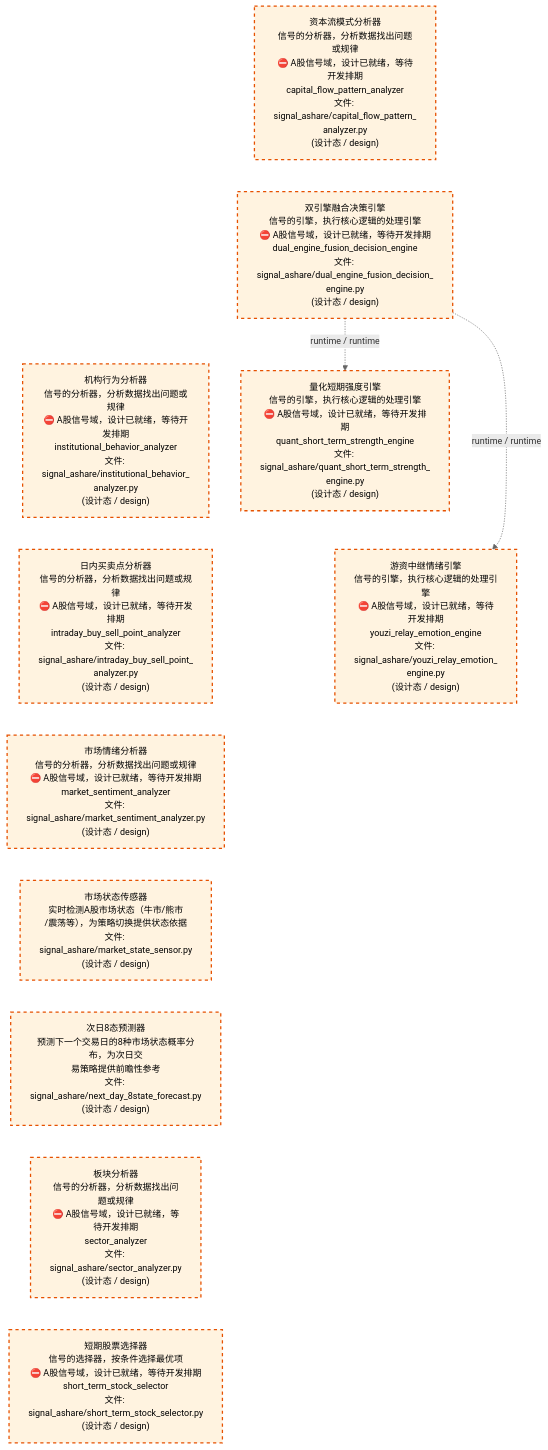
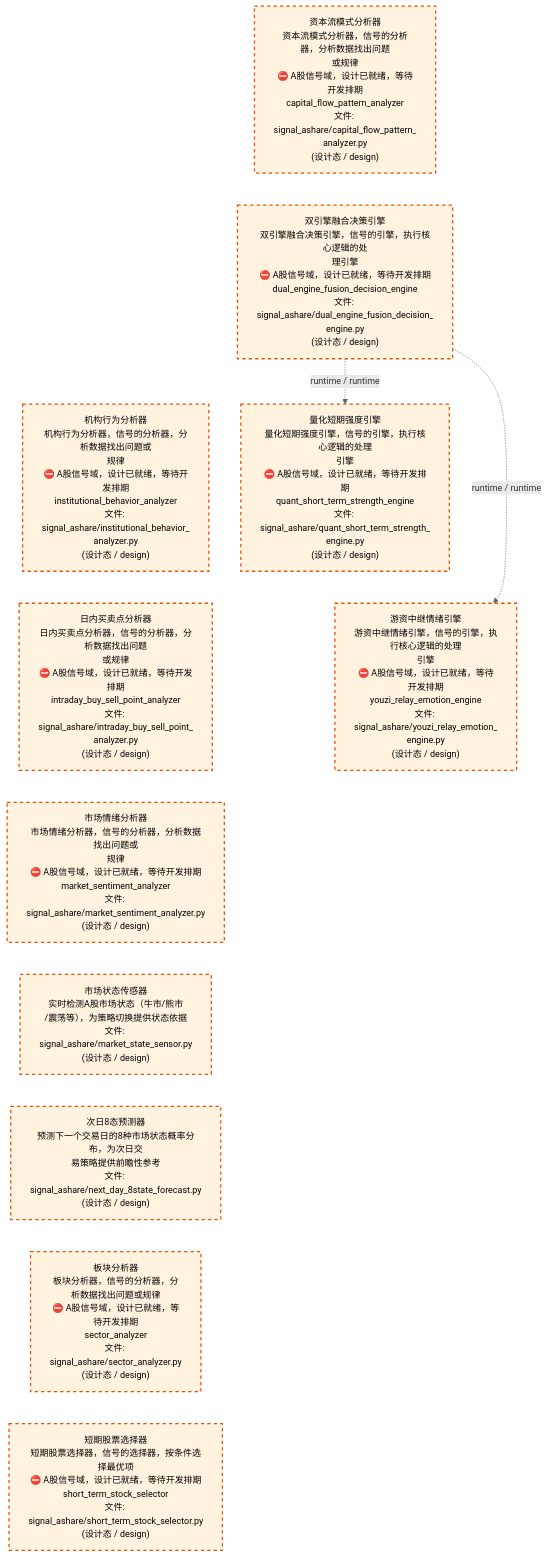
The third of 4 diagrams in docs/02_enterprise_architecture/02_domain_architecture_docs/32_d_ashare_signal.md (xuanFelixVan/ZephyrAlpha), drawn with Mermaid before and after one commit. The commit also changed other lines of this file and 63 other files, not shown here.

````diff
--- a/docs/02_enterprise_architecture/02_domain_architecture_docs/32_d_ashare_signal.md
+++ b/docs/02_enterprise_architecture/02_domain_architecture_docs/32_d_ashare_signal.md
@@ -134,31 +134,31 @@
 ```mermaid
 %%{init: {'theme': 'base', 'themeVariables': {'primaryColor': '#eaeaea', 'primaryTextColor': '#333333', 'primaryBorderColor': '#666666', 'lineColor': '#666666', 'secondaryColor': '#eaeaea', 'tertiaryColor': '#eaeaea', 'fontSize': '14px'}}}%%
 flowchart TD
-    src_zephyr_signal_ashare_capital_flow_pattern_analyzer_py["资本流模式分析器<br/>信号的分析器，分析数据找出问题或规律<br/>⛔ A股信号域，设计已就绪，等待开发排期<br/>capital_flow_pattern_analyzer<br/>文件: signal_ashare/capital_flow_pattern_<br/>analyzer.py<br/>(设计态 / design)"]
-    src_zephyr_signal_ashare_dual_engine_fusion_decision_engine_py["双引擎融合决策引擎<br/>信号的引擎，执行核心逻辑的处理引擎<br/>⛔ A股信号域，设计已就绪，等待开发排期<br/>dual_engine_fusion_decision_engine<br/>文件: signal_ashare/dual_engine_fusion_decision_<br/>engine.py<br/>(设计态 / design)"]
-    src_zephyr_signal_ashare_institutional_behavior_analyzer_py["机构行为分析器<br/>信号的分析器，分析数据找出问题或规律<br/>⛔ A股信号域，设计已就绪，等待开发排期<br/>institutional_behavior_analyzer<br/>文件: signal_ashare/institutional_behavior_<br/>analyzer.py<br/>(设计态 / design)"]
-    src_zephyr_signal_ashare_intraday_buy_sell_point_analyzer_py["日内买卖点分析器<br/>信号的分析器，分析数据找出问题或规律<br/>⛔ A股信号域，设计已就绪，等待开发排期<br/>intraday_buy_sell_point_analyzer<br/>文件: signal_ashare/intraday_buy_sell_point_<br/>analyzer.py<br/>(设计态 / design)"]
-    src_zephyr_signal_ashare_market_sentiment_analyzer_py["市场情绪分析器<br/>信号的分析器，分析数据找出问题或规律<br/>⛔ A股信号域，设计已就绪，等待开发排期<br/>market_sentiment_analyzer<br/>文件: signal_ashare/market_sentiment_analyzer.py<br/>(设计态 / design)"]
+    src_zephyr_signal_ashare_capital_flow_pattern_analyzer_py["资本流模式分析器<br/>资本流模式分析器，信号的分析器，分析数据找出问题<br/>或规律<br/>⛔ A股信号域，设计已就绪，等待开发排期<br/>capital_flow_pattern_analyzer<br/>文件: signal_ashare/capital_flow_pattern_<br/>analyzer.py<br/>(设计态 / design)"]
+    src_zephyr_signal_ashare_dual_engine_fusion_decision_engine_py["双引擎融合决策引擎<br/>双引擎融合决策引擎，信号的引擎，执行核心逻辑的处<br/>理引擎<br/>⛔ A股信号域，设计已就绪，等待开发排期<br/>dual_engine_fusion_decision_engine<br/>文件: signal_ashare/dual_engine_fusion_decision_<br/>engine.py<br/>(设计态 / design)"]
+    src_zephyr_signal_ashare_institutional_behavior_analyzer_py["机构行为分析器<br/>机构行为分析器，信号的分析器，分析数据找出问题或<br/>规律<br/>⛔ A股信号域，设计已就绪，等待开发排期<br/>institutional_behavior_analyzer<br/>文件: signal_ashare/institutional_behavior_<br/>analyzer.py<br/>(设计态 / design)"]
+    src_zephyr_signal_ashare_intraday_buy_sell_point_analyzer_py["日内买卖点分析器<br/>日内买卖点分析器，信号的分析器，分析数据找出问题<br/>或规律<br/>⛔ A股信号域，设计已就绪，等待开发排期<br/>intraday_buy_sell_point_analyzer<br/>文件: signal_ashare/intraday_buy_sell_point_<br/>analyzer.py<br/>(设计态 / design)"]
+    src_zephyr_signal_ashare_market_sentiment_analyzer_py["市场情绪分析器<br/>市场情绪分析器，信号的分析器，分析数据找出问题或<br/>规律<br/>⛔ A股信号域，设计已就绪，等待开发排期<br/>market_sentiment_analyzer<br/>文件: signal_ashare/market_sentiment_analyzer.py<br/>(设计态 / design)"]
     src_zephyr_signal_ashare_market_state_sensor_py["市场状态传感器<br/>实时检测A股市场状态（牛市/熊市<br/>/震荡等），为策略切换提供状态依据<br/>文件: signal_ashare/market_state_sensor.py<br/>(设计态 / design)"]
     src_zephyr_signal_ashare_next_day_8state_forecast_py["次日8态预测器<br/>预测下一个交易日的8种市场状态概率分布，为次日交<br/>易策略提供前瞻性参考<br/>文件: signal_ashare/next_day_8state_forecast.py<br/>(设计态 / design)"]
-    src_zephyr_signal_ashare_sector_analyzer_py["板块分析器<br/>信号的分析器，分析数据找出问题或规律<br/>⛔ A股信号域，设计已就绪，等待开发排期<br/>sector_analyzer<br/>文件: signal_ashare/sector_analyzer.py<br/>(设计态 / design)"]
-    src_zephyr_signal_ashare_short_term_stock_selector_py["短期股票选择器<br/>信号的选择器，按条件选择最优项<br/>⛔ A股信号域，设计已就绪，等待开发排期<br/>short_term_stock_selector<br/>文件: signal_ashare/short_term_stock_selector.py<br/>(设计态 / design)"]
+    src_zephyr_signal_ashare_sector_analyzer_py["板块分析器<br/>板块分析器，信号的分析器，分析数据找出问题或规律<br/>⛔ A股信号域，设计已就绪，等待开发排期<br/>sector_analyzer<br/>文件: signal_ashare/sector_analyzer.py<br/>(设计态 / design)"]
+    src_zephyr_signal_ashare_short_term_stock_selector_py["短期股票选择器<br/>短期股票选择器，信号的选择器，按条件选择最优项<br/>⛔ A股信号域，设计已就绪，等待开发排期<br/>short_term_stock_selector<br/>文件: signal_ashare/short_term_stock_selector.py<br/>(设计态 / design)"]
     src_zephyr_signal_ashare_capital_flow_pattern_analyzer_py ~~~ src_zephyr_signal_ashare_dual_engine_fusion_decision_engine_py
     src_zephyr_signal_ashare_dual_engine_fusion_decision_engine_py ~~~ src_zephyr_signal_ashare_institutional_behavior_analyzer_py
     src_zephyr_signal_ashare_institutional_behavior_analyzer_py ~~~ src_zephyr_signal_ashare_intraday_buy_sell_point_analyzer_py
     src_zephyr_signal_ashare_intraday_buy_sell_point_analyzer_py ~~~ src_zephyr_signal_ashare_market_sentiment_analyzer_py
     src_zephyr_signal_ashare_market_sentiment_analyzer_py ~~~ src_zephyr_signal_ashare_market_state_sensor_py
     src_zephyr_signal_ashare_market_state_sensor_py ~~~ src_zephyr_signal_ashare_next_day_8state_forecast_py
     src_zephyr_signal_ashare_next_day_8state_forecast_py ~~~ src_zephyr_signal_ashare_sector_analyzer_py
     src_zephyr_signal_ashare_sector_analyzer_py ~~~ src_zephyr_signal_ashare_short_term_stock_selector_py
-    src_zephyr_signal_ashare_quant_short_term_strength_engine_py["量化短期强度引擎<br/>信号的引擎，执行核心逻辑的处理引擎<br/>⛔ A股信号域，设计已就绪，等待开发排期<br/>quant_short_term_strength_engine<br/>文件: signal_ashare/quant_short_term_strength_<br/>engine.py<br/>(设计态 / design)"]
-    src_zephyr_signal_ashare_youzi_relay_emotion_engine_py["游资中继情绪引擎<br/>信号的引擎，执行核心逻辑的处理引擎<br/>⛔ A股信号域，设计已就绪，等待开发排期<br/>youzi_relay_emotion_engine<br/>文件: signal_ashare/youzi_relay_emotion_<br/>engine.py<br/>(设计态 / design)"]
+    src_zephyr_signal_ashare_quant_short_term_strength_engine_py["量化短期强度引擎<br/>量化短期强度引擎，信号的引擎，执行核心逻辑的处理<br/>引擎<br/>⛔ A股信号域，设计已就绪，等待开发排期<br/>quant_short_term_strength_engine<br/>文件: signal_ashare/quant_short_term_strength_<br/>engine.py<br/>(设计态 / design)"]
+    src_zephyr_signal_ashare_youzi_relay_emotion_engine_py["游资中继情绪引擎<br/>游资中继情绪引擎，信号的引擎，执行核心逻辑的处理<br/>引擎<br/>⛔ A股信号域，设计已就绪，等待开发排期<br/>youzi_relay_emotion_engine<br/>文件: signal_ashare/youzi_relay_emotion_<br/>engine.py<br/>(设计态 / design)"]
     src_zephyr_signal_ashare_quant_short_term_strength_engine_py ~~~ src_zephyr_signal_ashare_youzi_relay_emotion_engine_py
     src_zephyr_signal_ashare_dual_engine_fusion_decision_engine_py -.->|runtime / runtime| src_zephyr_signal_ashare_youzi_relay_emotion_engine_py
     src_zephyr_signal_ashare_dual_engine_fusion_decision_engine_py -.->|runtime / runtime| src_zephyr_signal_ashare_quant_short_term_strength_engine_py
     classDef production fill:#e1f5fe,stroke:#01579b,stroke-width:2px,color:#000
     classDef design fill:#fff3e0,stroke:#e65100,stroke-width:2px,color:#000,stroke-dasharray: 5 5
     classDef external_prod fill:#e8f4fd,stroke:#0277bd,stroke-width:1px,color:#000
     classDef external_design fill:#fff8e7,stroke:#ef6c00,stroke-width:1px,color:#000,stroke-dasharray: 5 5
     class src_zephyr_signal_ashare_capital_flow_pattern_analyzer_py,src_zephyr_signal_ashare_dual_engine_fusion_decision_engine_py,src_zephyr_signal_ashare_institutional_behavior_analyzer_py,src_zephyr_signal_ashare_intraday_buy_sell_point_analyzer_py,src_zephyr_signal_ashare_market_sentiment_analyzer_py,src_zephyr_signal_ashare_market_state_sensor_py,src_zephyr_signal_ashare_next_day_8state_forecast_py,src_zephyr_signal_ashare_quant_short_term_strength_engine_py,src_zephyr_signal_ashare_sector_analyzer_py,src_zephyr_signal_ashare_short_term_stock_selector_py,src_zephyr_signal_ashare_youzi_relay_emotion_engine_py design
 ```
````
